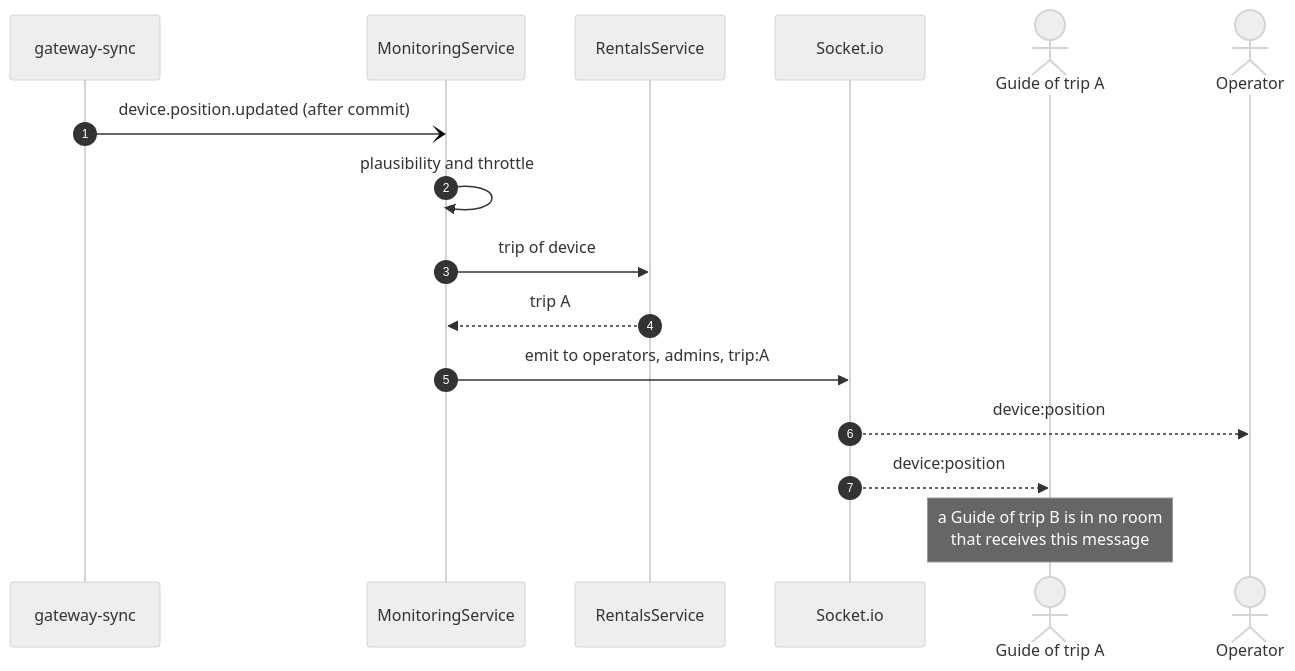
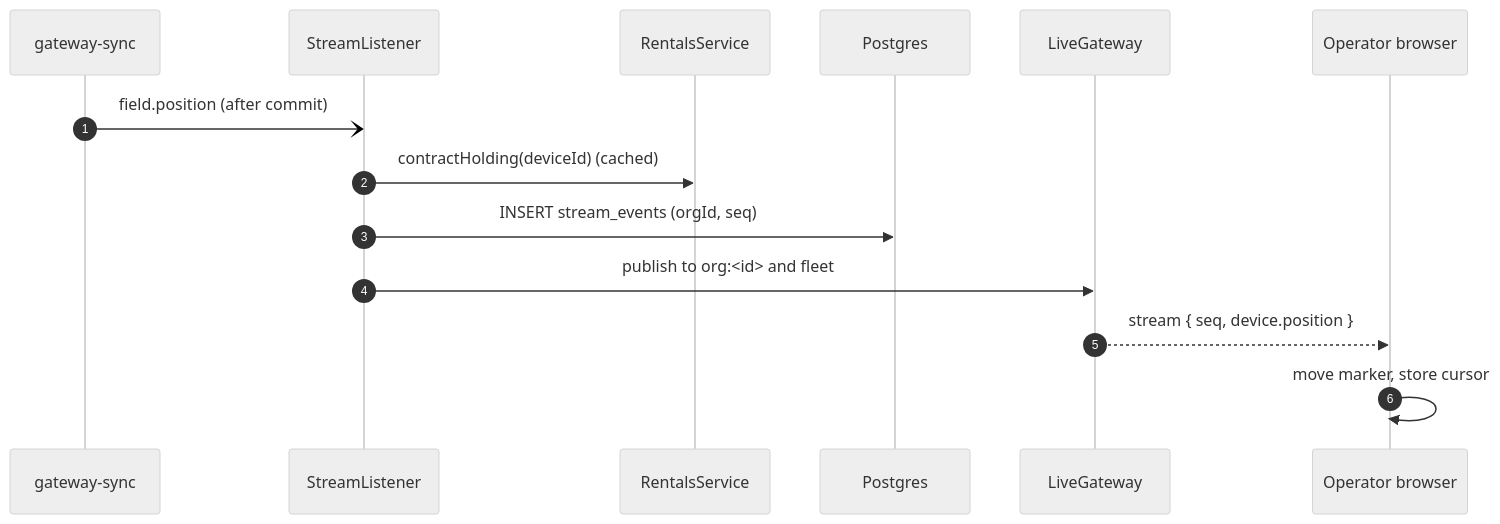
One commit to TrekLink-Team/treklink-web changed the diagram in specs/monitoring/design.md. Above: the diagram before and after it, drawn with Mermaid (neutral theme). The commit also changed other lines of this file and 367 other files, not shown here.

First line of the commit message:
docs: rewrite the module specs and schema from the rescoped SRS

````diff
--- a/specs/monitoring/design.md
+++ b/specs/monitoring/design.md
@@ -38,18 +77,16 @@
 ```mermaid
 sequenceDiagram
     autonumber
-    participant GS as gateway-sync
-    participant M as MonitoringService
+    participant G as gateway-sync
+    participant L as StreamListener
     participant R as RentalsService
-    participant IO as Socket.io
-    actor G as Guide of trip A
-    actor O as Operator
-    GS-)M: device.position.updated (after commit)
-    M->>M: plausibility and throttle
-    M->>R: trip of device
-    R-->>M: trip A
-    M->>IO: emit to operators, admins, trip:A
-    IO-->>O: device:position
-    IO-->>G: device:position
-    Note over G: a Guide of trip B is in no room<br/>that receives this message
+    participant DB as Postgres
+    participant W as LiveGateway
+    participant C as Operator browser
+    G-)L: field.position (after commit)
+    L->>R: contractHolding(deviceId) (cached)
+    L->>DB: INSERT stream_events (orgId, seq)
+    L->>W: publish to org:<id> and fleet
+    W-->>C: stream { seq, device.position }
+    C->>C: move marker, store cursor
 ```
````
